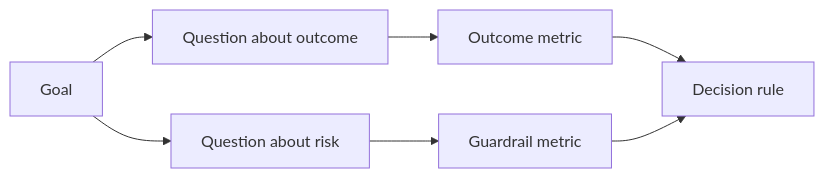
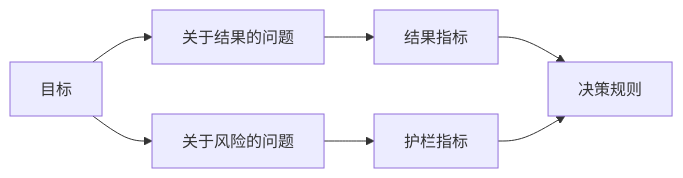
Before and after one commit to fancyboi999/ai-engineering-from-scratch-zh: the diagram in phases/14-agent-engineering/52-design-success-metrics/docs/zh.md, drawn with Mermaid. The commit also changed 35 other files, not shown here.

````diff
--- a/phases/14-agent-engineering/52-design-success-metrics/docs/zh.md
+++ b/phases/14-agent-engineering/52-design-success-metrics/docs/zh.md
@@ -32,9 +32,9 @@
 ```mermaid
 flowchart LR
-  G[Goal] --> Q1[Question about outcome]
-  G --> Q2[Question about risk]
-  Q1 --> M1[Outcome metric]
-  Q2 --> M2[Guardrail metric]
-  M1 --> D[Decision rule]
+  G[目标] --> Q1[关于结果的问题]
+  G --> Q2[关于风险的问题]
+  Q1 --> M1[结果指标]
+  Q2 --> M2[护栏指标]
+  M1 --> D[决策规则]
   M2 --> D
 ```
````
